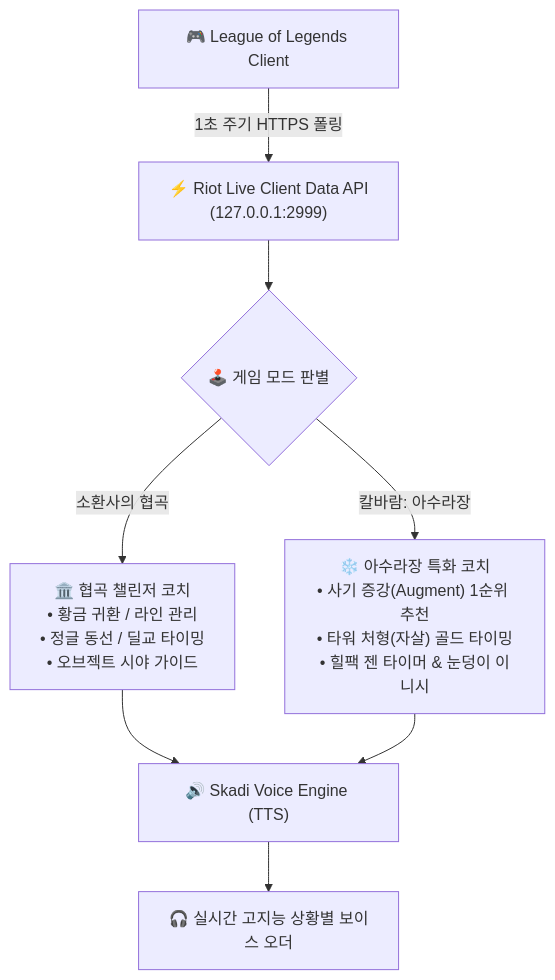
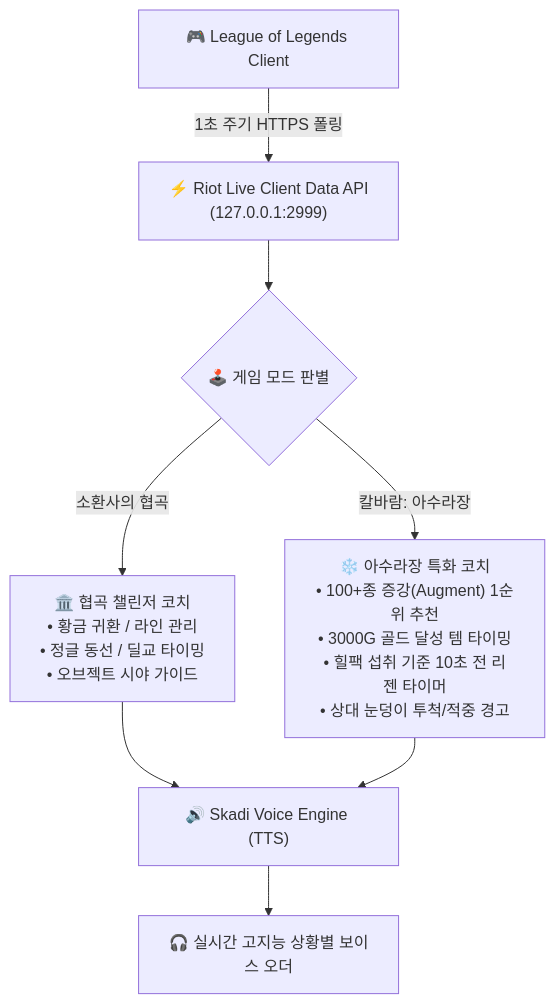
One commit to BKH-sss/portal-hub changed the diagram in docs/LOL_AI_COACH_SPEC.md. Above: the diagram before and after it, drawn with Mermaid. The commit also changed other lines of this file, not shown here.

Commit message:
docs: 칼바람 아수라장 피드백(3000G 알림, 힐팩 섭취 기준 10초 전 리젠, 상대 눈덩이 경고, 증강 DB 원리) 반영

````diff
--- a/docs/LOL_AI_COACH_SPEC.md
+++ b/docs/LOL_AI_COACH_SPEC.md
@@ -116,14 +120,14 @@
 ```mermaid
 flowchart TD
     A["🎮 League of Legends Client"] -->|1초 주기 HTTPS 폴링| B["⚡ Riot Live Client Data API<br>(127.0.0.1:2999)"]
     
     B --> C{"🕹️ 게임 모드 판별"}
     
     C -- "소환사의 협곡" --> D["🏛️ 협곡 챌린저 코치<br>• 황금 귀환 / 라인 관리<br>• 정글 동선 / 딜교 타이밍<br>• 오브젝트 시야 가이드"]
     
-    C -- "칼바람: 아수라장" --> E["❄️ 아수라장 특화 코치<br>• 사기 증강(Augment) 1순위 추천<br>• 타워 처형(자살) 골드 타이밍<br>• 힐팩 젠 타이머 & 눈덩이 이니시"]
+    C -- "칼바람: 아수라장" --> E["❄️ 아수라장 특화 코치<br>• 100+종 증강(Augment) 1순위 추천<br>• 3000G 골드 달성 템 타이밍<br>• 힐팩 섭취 기준 10초 전 리젠 타이머<br>• 상대 눈덩이 투척/적중 경고"]
     
     D --> F["🔊 Skadi Voice Engine (TTS)"]
     E --> F
     F --> G["🎧 실시간 고지능 상황별 보이스 오더"]
 ```
````
